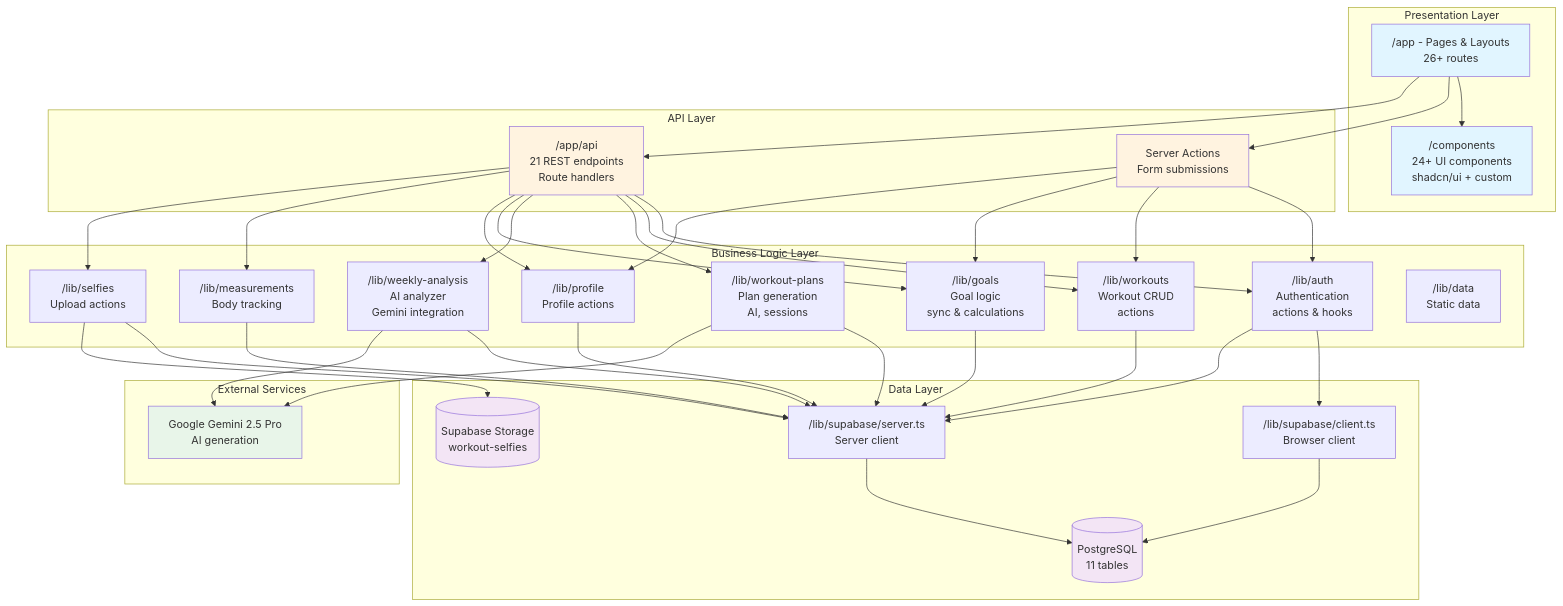
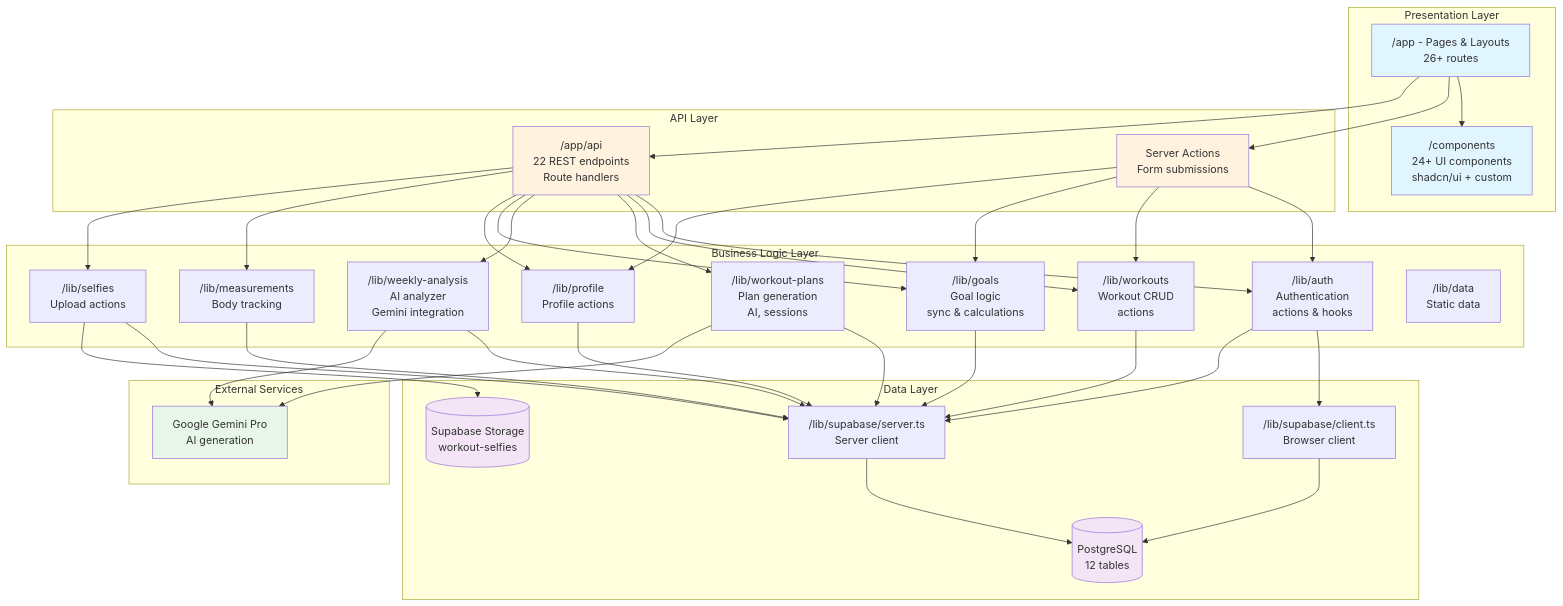
Before and after one commit to saurabhpro/goodhealth: the sixth of 6 diagrams in docs/ARCHITECTURE.md, drawn with Mermaid. The commit also changed other lines of this file, not shown here.

````diff
--- a/docs/ARCHITECTURE.md
+++ b/docs/ARCHITECTURE.md
@@ -721,77 +727,77 @@
 ```mermaid
 graph TB
     subgraph "Presentation Layer"
         Pages["/app - Pages & Layouts<br/>26+ routes"]
         Components["/components<br/>24+ UI components<br/>shadcn/ui + custom"]
     end
 
     subgraph "API Layer"
-        APIRoutes["/app/api<br/>21 REST endpoints<br/>Route handlers"]
+        APIRoutes["/app/api<br/>22 REST endpoints<br/>Route handlers"]
         ServerActions["Server Actions<br/>Form submissions"]
     end
 
     subgraph "Business Logic Layer"
         LibAuth["/lib/auth<br/>Authentication<br/>actions & hooks"]
         LibWorkouts["/lib/workouts<br/>Workout CRUD<br/>actions"]
         LibPlans["/lib/workout-plans<br/>Plan generation<br/>AI, sessions"]
         LibAnalysis["/lib/weekly-analysis<br/>AI analyzer<br/>Gemini integration"]
         LibGoals["/lib/goals<br/>Goal logic<br/>sync & calculations"]
         LibProfile["/lib/profile<br/>Profile actions"]
         LibMeasurements["/lib/measurements<br/>Body tracking"]
         LibSelfies["/lib/selfies<br/>Upload actions"]
         LibData["/lib/data<br/>Static data"]
     end
 
     subgraph "Data Layer"
         SupabaseClient["/lib/supabase/client.ts<br/>Browser client"]
         SupabaseServer["/lib/supabase/server.ts<br/>Server client"]
-        Database[("PostgreSQL<br/>11 tables")]
+        Database[("PostgreSQL<br/>12 tables")]
         Storage[("Supabase Storage<br/>workout-selfies")]
     end
 
     subgraph "External Services"
-        Gemini["Google Gemini 2.5 Pro<br/>AI generation"]
+        Gemini["Google Gemini Pro<br/>AI generation"]
     end
 
     Pages --> Components
     Pages --> ServerActions
     Pages --> APIRoutes
 
     APIRoutes --> LibAuth
     APIRoutes --> LibWorkouts
     APIRoutes --> LibPlans
     APIRoutes --> LibAnalysis
     APIRoutes --> LibGoals
     APIRoutes --> LibProfile
     APIRoutes --> LibMeasurements
     APIRoutes --> LibSelfies
 
     ServerActions --> LibAuth
     ServerActions --> LibWorkouts
     ServerActions --> LibGoals
     ServerActions --> LibProfile
 
     LibAuth --> SupabaseClient
     LibAuth --> SupabaseServer
     LibWorkouts --> SupabaseServer
     LibPlans --> SupabaseServer
     LibPlans --> Gemini
     LibAnalysis --> SupabaseServer
     LibAnalysis --> Gemini
     LibGoals --> SupabaseServer
     LibProfile --> SupabaseServer
     LibMeasurements --> SupabaseServer
     LibSelfies --> SupabaseServer
     LibSelfies --> Storage
 
     SupabaseClient --> Database
     SupabaseServer --> Database
 
     style Pages fill:#e1f5ff
     style Components fill:#e1f5ff
     style APIRoutes fill:#fff3e0
     style ServerActions fill:#fff3e0
     style Database fill:#f3e5f5
     style Storage fill:#f3e5f5
     style Gemini fill:#e8f5e9
 ```
````
